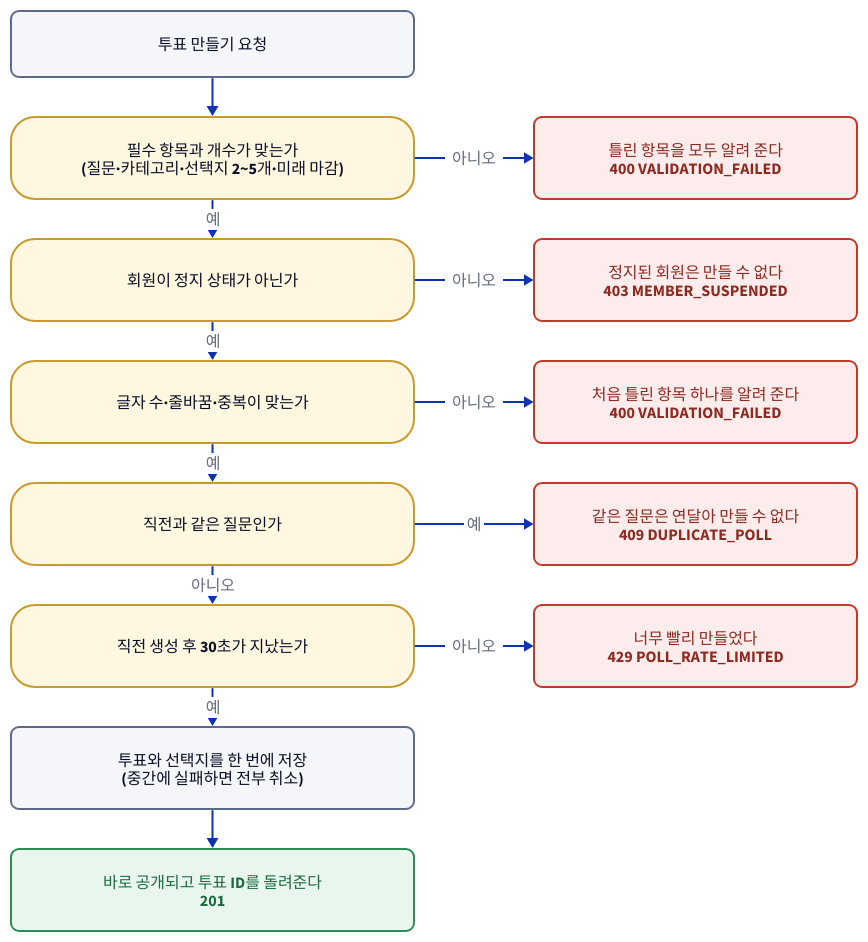
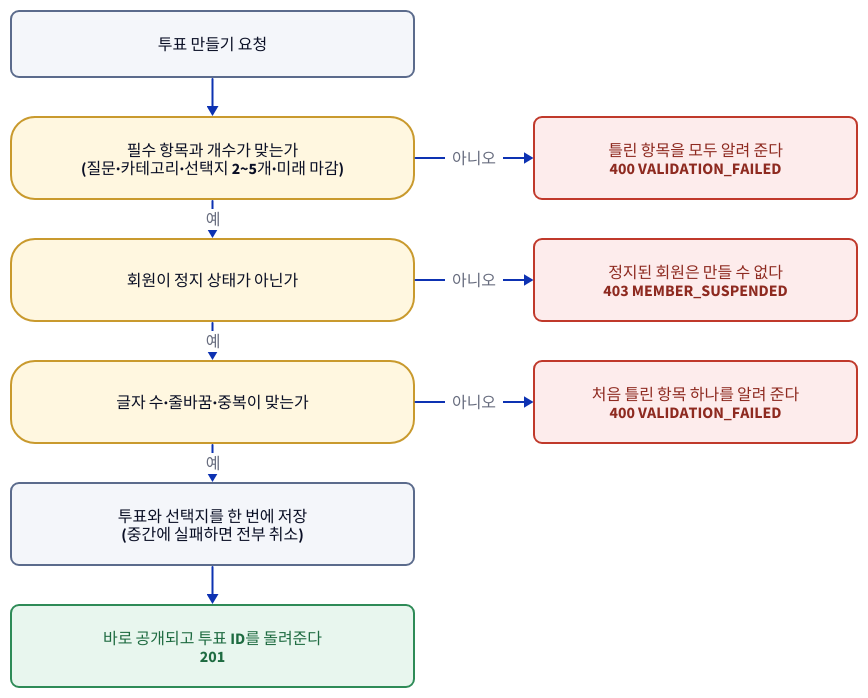
One commit to AuDDumTeam/backend changed the diagram in docs/diagrams/02-투표-만들기와-삭제.d2. Above: the diagram before and after it, drawn with D2. The commit also changed 21 other files, not shown here.

```diff
--- a/docs/diagrams/02-투표-만들기와-삭제.d2
+++ b/docs/diagrams/02-투표-만들기와-삭제.d2
@@ -1,53 +1,43 @@
 vars: {
   d2-config: { layout-engine: dagre }
 }
 
 classes: {
   step: { shape: rectangle; style: { border-radius: 8; fill: "#F4F6FA"; stroke: "#5B6B8C" } }
   ask:  { shape: rectangle; style: { border-radius: 24; fill: "#FFF7E0"; stroke: "#C99A2E" } }
   fail: { shape: rectangle; style: { border-radius: 8; fill: "#FDECEC"; stroke: "#C0392B"; font-color: "#8E2A20" } }
   ok:   { shape: rectangle; style: { border-radius: 8; fill: "#E8F6EE"; stroke: "#2E8B57"; font-color: "#1E6B41" } }
   gap:  { shape: rectangle; width: 1; height: 1; style: { opacity: 0 } }
 }
 
-grid-rows: 8
+grid-rows: 6
 grid-columns: 2
 grid-gap: 40
 horizontal-gap: 120
 
 start: "투표 만들기 요청" { class: step }
 g1: "" { class: gap }
 
 form: "필수 항목과 개수가 맞는가\n(질문·카테고리·선택지 2~5개·미래 마감)" { class: ask }
 e400a: "틀린 항목을 모두 알려 준다\n400 VALIDATION_FAILED" { class: fail }
 
 active: "회원이 정지 상태가 아닌가" { class: ask }
 e403: "정지된 회원은 만들 수 없다\n403 MEMBER_SUSPENDED" { class: fail }
 
 valid: "글자 수·줄바꿈·중복이 맞는가" { class: ask }
 e400: "처음 틀린 항목 하나를 알려 준다\n400 VALIDATION_FAILED" { class: fail }
 
-dup: "직전과 같은 질문인가" { class: ask }
-e409: "같은 질문은 연달아 만들 수 없다\n409 DUPLICATE_POLL" { class: fail }
-
-rate: "직전 생성 후 30초가 지났는가" { class: ask }
-e429: "너무 빨리 만들었다\n429 POLL_RATE_LIMITED" { class: fail }
-
 save: "투표와 선택지를 한 번에 저장\n(중간에 실패하면 전부 취소)" { class: step }
 g2: "" { class: gap }
 
 done: "바로 공개되고 투표 ID를 돌려준다\n201" { class: ok }
 g3: "" { class: gap }
 
 start -> form
 form -> active: 예
 form -> e400a: 아니오
 active -> valid: 예
 active -> e403: 아니오
-valid -> dup: 예
+valid -> save: 예
 valid -> e400: 아니오
-dup -> rate: 아니오
-dup -> e409: 예
-rate -> save: 예
-rate -> e429: 아니오
 save -> done
```
